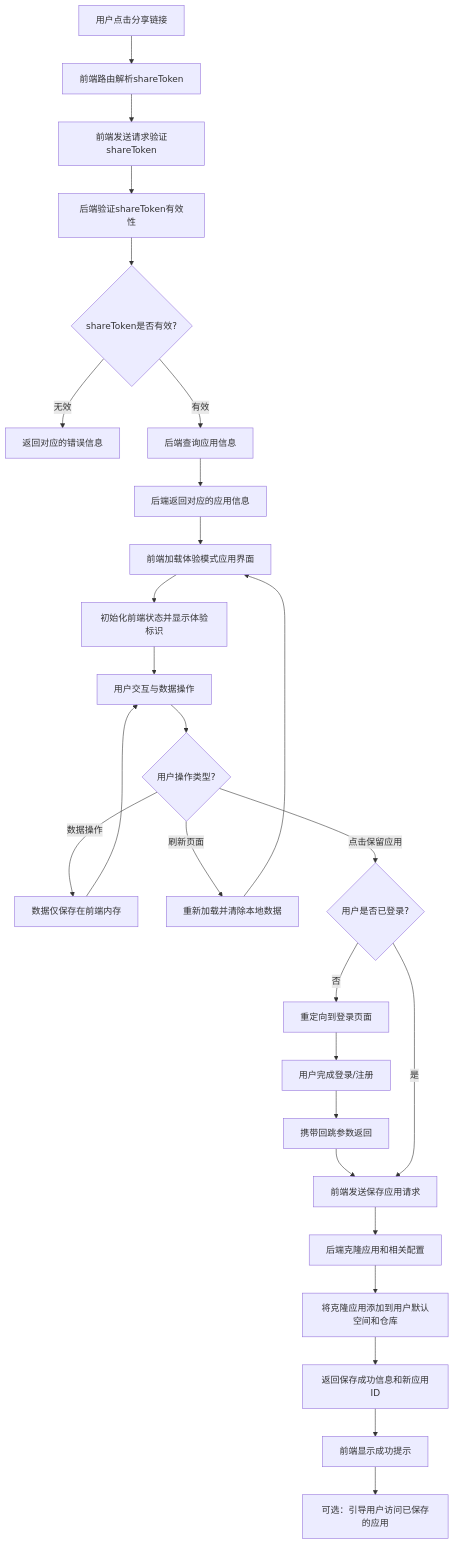
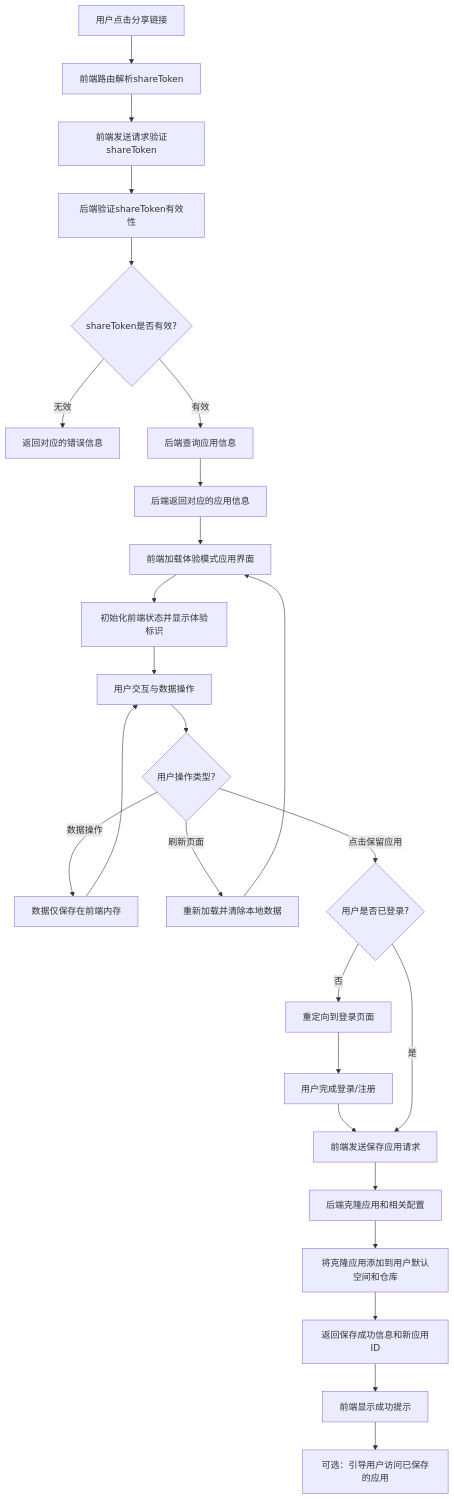
Before and after one commit to yingjianzh/iodraw-files: the diagram in all/未命名-65.md, drawn with Mermaid.

Commit message:
2025-05-22 10:52:09 update

````diff
--- a/all/未命名-65.md
+++ b/all/未命名-65.md
@@ -1,29 +1,28 @@
 ```mermaid
 flowchart TD
     A[用户点击分享链接] --> B[前端路由解析shareToken]
     B --> C[前端发送请求验证shareToken]
     C --> D[后端验证shareToken有效性]
     D --> E{shareToken是否有效?}
     E -->|无效| F[返回对应的错误信息]
     E -->|有效| G[后端查询应用信息]
     G --> H[后端返回对应的应用信息]
     H --> I[前端加载体验模式应用界面]
     I --> J[初始化前端状态并显示体验标识]
     J --> K[用户交互与数据操作]
     K --> L{用户操作类型?}
     L -->|数据操作| M[数据仅保存在前端内存]
     M --> K
     L -->|刷新页面| N[重新加载并清除本地数据]
     N --> I
     L -->|点击保留应用| O{用户是否已登录?}
     O -->|否| P[重定向到登录页面]
     P --> Q[用户完成登录/注册]
-    Q --> R[携带回跳参数返回]
-    R --> S[前端发送保存应用请求]
+    Q --> S[前端发送保存应用请求]
     O -->|是| S
     S --> T[后端克隆应用和相关配置]
     T --> U[将克隆应用添加到用户默认空间和仓库]
     U --> V[返回保存成功信息和新应用ID]
     V --> W[前端显示成功提示]
     W --> X[可选：引导用户访问已保存的应用]
 ```
````
